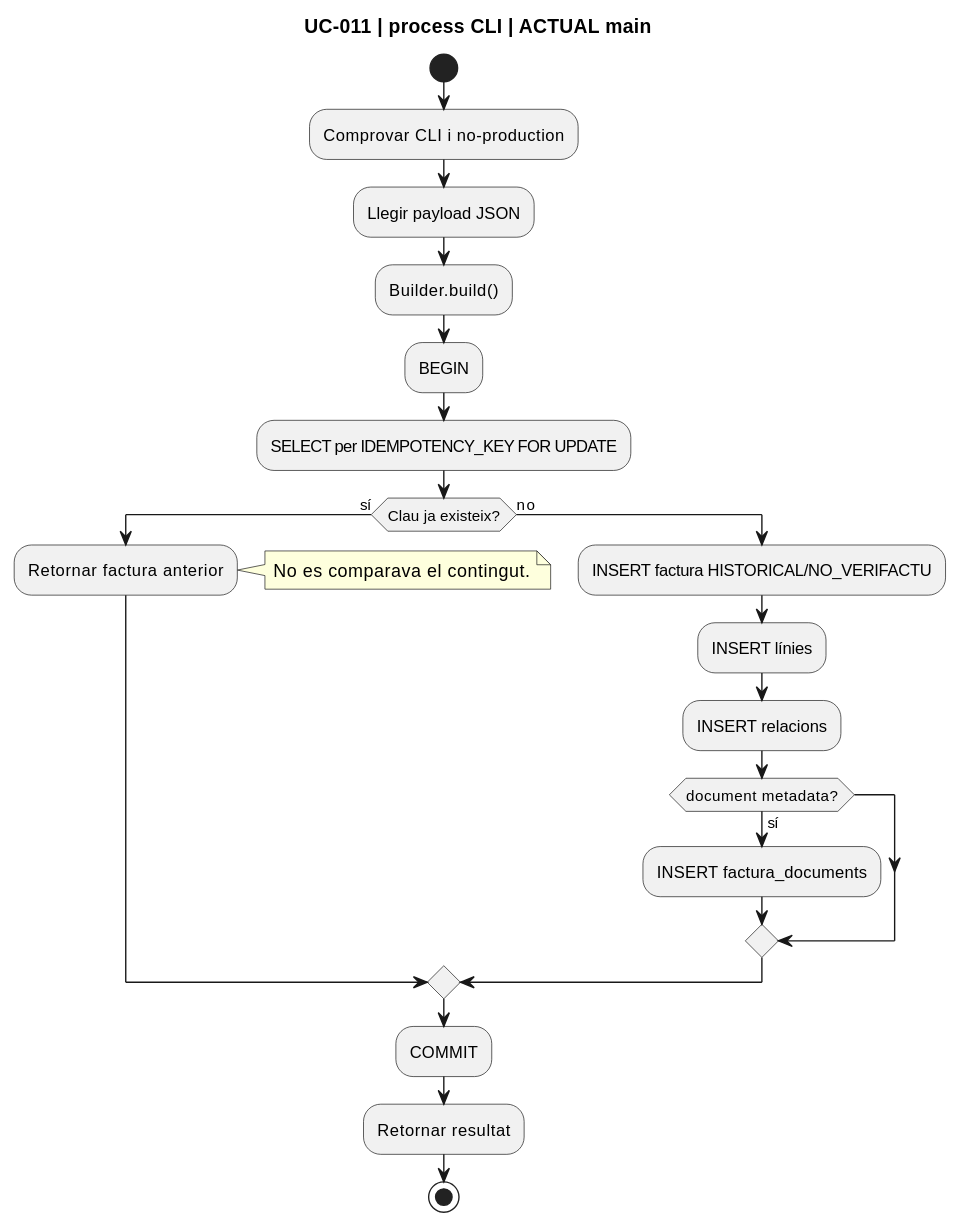
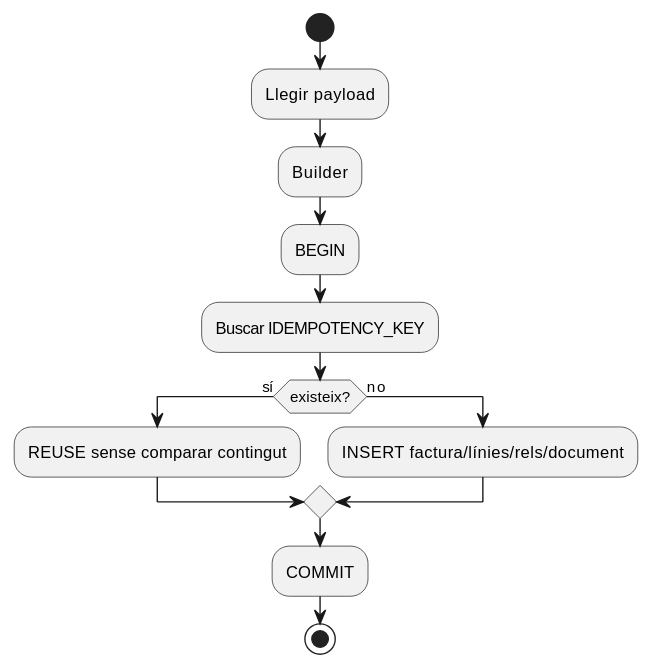
Before and after one commit to orgmeriemprismacat-del/verifactu: the second of 5 diagrams in documentacio/07-uml-integrat/uc-011-activitats-actual-final.md, drawn with PlantUML. The commit also changed other lines of this file, not shown here.

```diff
--- a/documentacio/07-uml-integrat/uc-011-activitats-actual-final.md
+++ b/documentacio/07-uml-integrat/uc-011-activitats-actual-final.md
@@ -64,27 +24,16 @@
 ~~~plantuml
 @startuml
-title UC-011 | process CLI | ACTUAL main
 start
-:Comprovar CLI i no-production;
-:Llegir payload JSON;
-:Builder.build();
+:Llegir payload;
+:Builder;
 :BEGIN;
-:SELECT per IDEMPOTENCY_KEY FOR UPDATE;
-if (Clau ja existeix?) then (sí)
-  :Retornar factura anterior;
-  note right
-    No es comparava el contingut.
-  end note
+:Buscar IDEMPOTENCY_KEY;
+if (existeix?) then (sí)
+  :REUSE sense comparar contingut;
 else (no)
-  :INSERT factura HISTORICAL/NO_VERIFACTU;
-  :INSERT línies;
-  :INSERT relacions;
-  if (document metadata?) then (sí)
-    :INSERT factura_documents;
-  endif
+  :INSERT factura/línies/rels/document;
 endif
 :COMMIT;
-:Retornar resultat;
 stop
 @enduml
 ~~~
```
